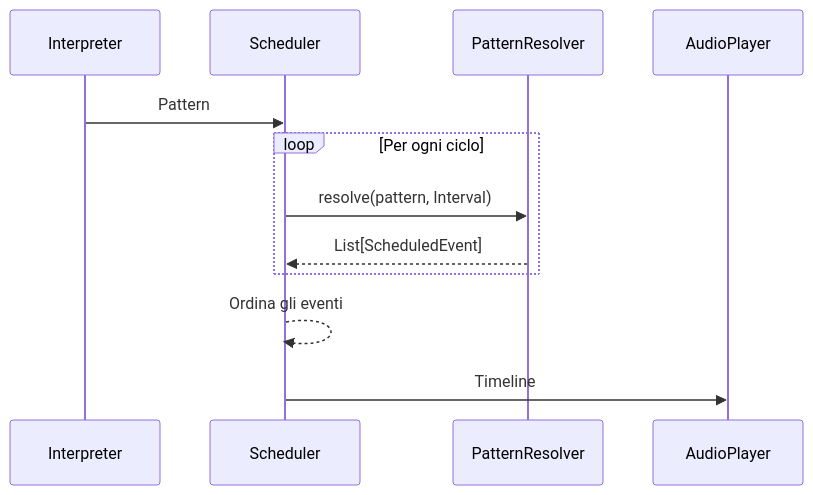
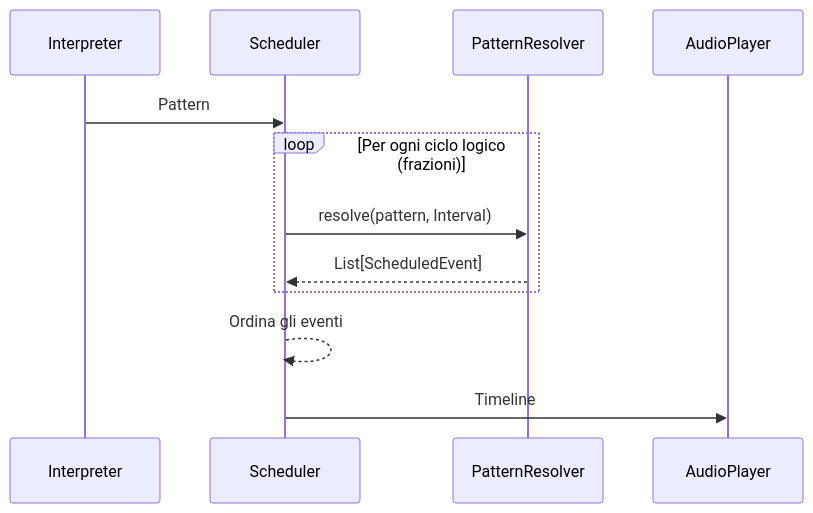
The third of 7 diagrams in docs/05-design-di-dettaglio.md (Morsu7/PPS-26-SoundCode), drawn with Mermaid before and after one commit. The commit also changed other lines of this file and 2 other files, not shown here.

````diff
--- a/docs/05-design-di-dettaglio.md
+++ b/docs/05-design-di-dettaglio.md
@@ -519,21 +516,21 @@
 ```mermaid
 sequenceDiagram
 
 participant Interpreter
 participant Scheduler
 participant PatternResolver
 
 Interpreter->>Scheduler: Pattern
 
-loop Per ogni ciclo
+loop Per ogni ciclo logico (frazioni)
 
 Scheduler->>PatternResolver: resolve(pattern, Interval)
 
 PatternResolver-->>Scheduler: List[ScheduledEvent]
 
 end
 
 Scheduler-->>Scheduler: Ordina gli eventi
 
 Scheduler->>AudioPlayer: Timeline
 ```
````
